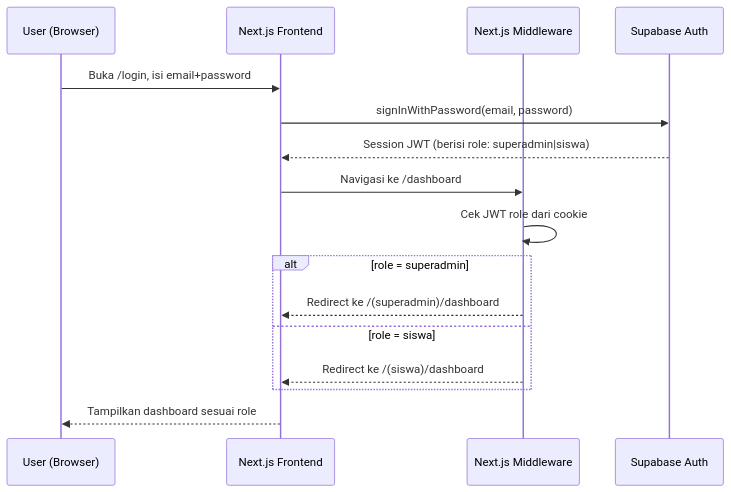
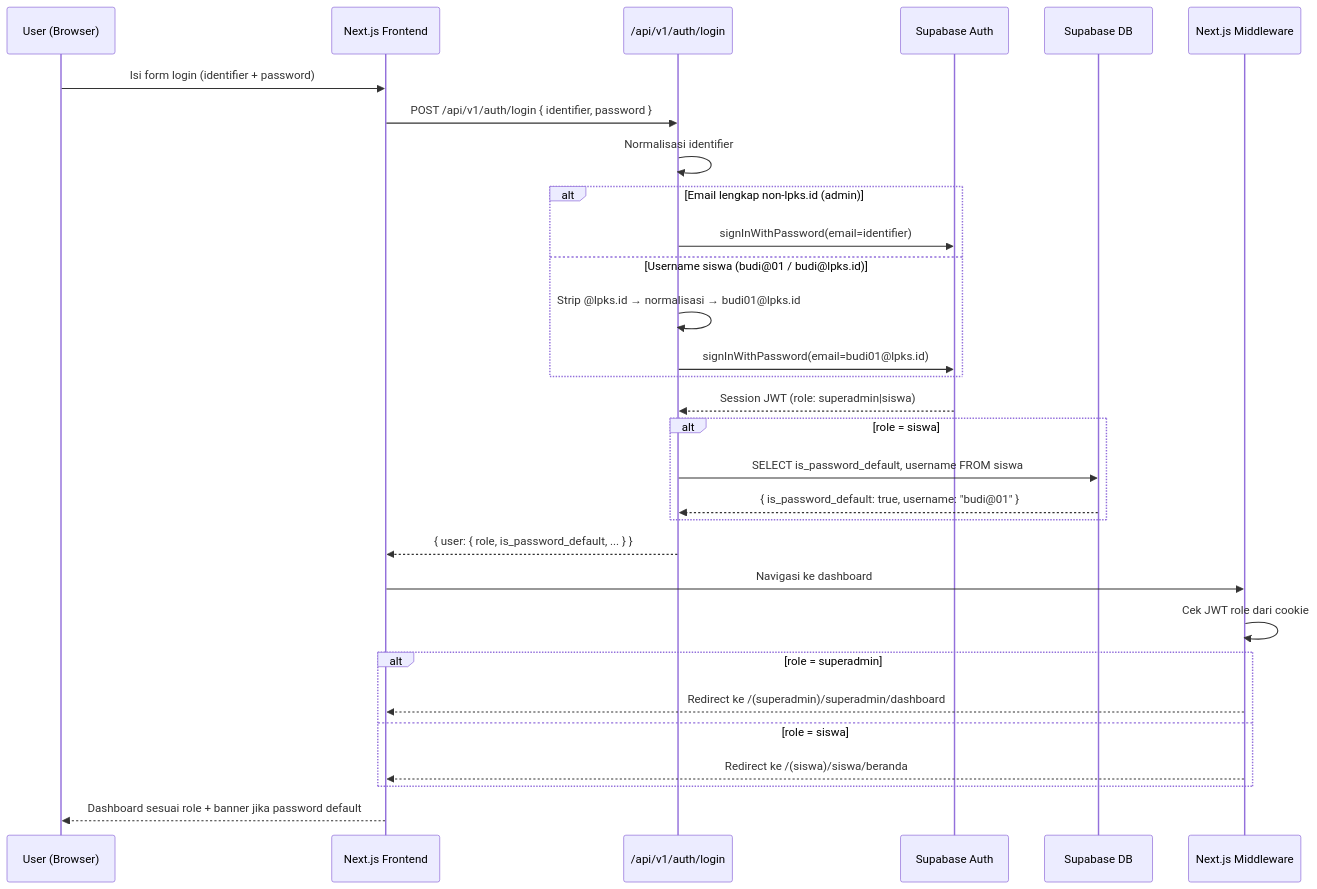
Before and after one commit to Fawwzrf/lpks_system: the second of 8 diagrams in docs/design/arsitektur.md, drawn with Mermaid. The commit also changed other lines of this file and 23 other files, not shown here.

Commit message:
docs: update all documentation for v1 architecture and untrack graphify-out

````diff
--- a/docs/design/arsitektur.md
+++ b/docs/design/arsitektur.md
@@ -210,19 +236,33 @@
 ```mermaid
 sequenceDiagram
     participant U as User (Browser)
     participant FE as Next.js Frontend
+    participant API as /api/v1/auth/login
+    participant Auth as Supabase Auth
+    participant DB as Supabase DB
     participant Mid as Next.js Middleware
-    participant Auth as Supabase Auth
 
-    U->>FE: Buka /login, isi email+password
-    FE->>Auth: signInWithPassword(email, password)
-    Auth-->>FE: Session JWT (berisi role: superadmin|siswa)
-    FE->>Mid: Navigasi ke /dashboard
+    U->>FE: Isi form login (identifier + password)
+    FE->>API: POST /api/v1/auth/login { identifier, password }
+    API->>API: Normalisasi identifier
+    alt Email lengkap non-lpks.id (admin)
+        API->>Auth: signInWithPassword(email=identifier)
+    else Username siswa (budi@01 / budi@lpks.id)
+        API->>API: Strip @lpks.id → normalisasi → budi01@lpks.id
+        API->>Auth: signInWithPassword(email=budi01@lpks.id)
+    end
+    Auth-->>API: Session JWT (role: superadmin|siswa)
+    alt role = siswa
+        API->>DB: SELECT is_password_default, username FROM siswa
+        DB-->>API: { is_password_default: true, username: "budi@01" }
+    end
+    API-->>FE: { user: { role, is_password_default, ... } }
+    FE->>Mid: Navigasi ke dashboard
     Mid->>Mid: Cek JWT role dari cookie
     alt role = superadmin
-        Mid-->>FE: Redirect ke /(superadmin)/dashboard
+        Mid-->>FE: Redirect ke /(superadmin)/superadmin/dashboard
     else role = siswa
-        Mid-->>FE: Redirect ke /(siswa)/dashboard
+        Mid-->>FE: Redirect ke /(siswa)/siswa/beranda
     end
-    FE-->>U: Tampilkan dashboard sesuai role
+    FE-->>U: Dashboard sesuai role + banner jika password default
 ```
````
